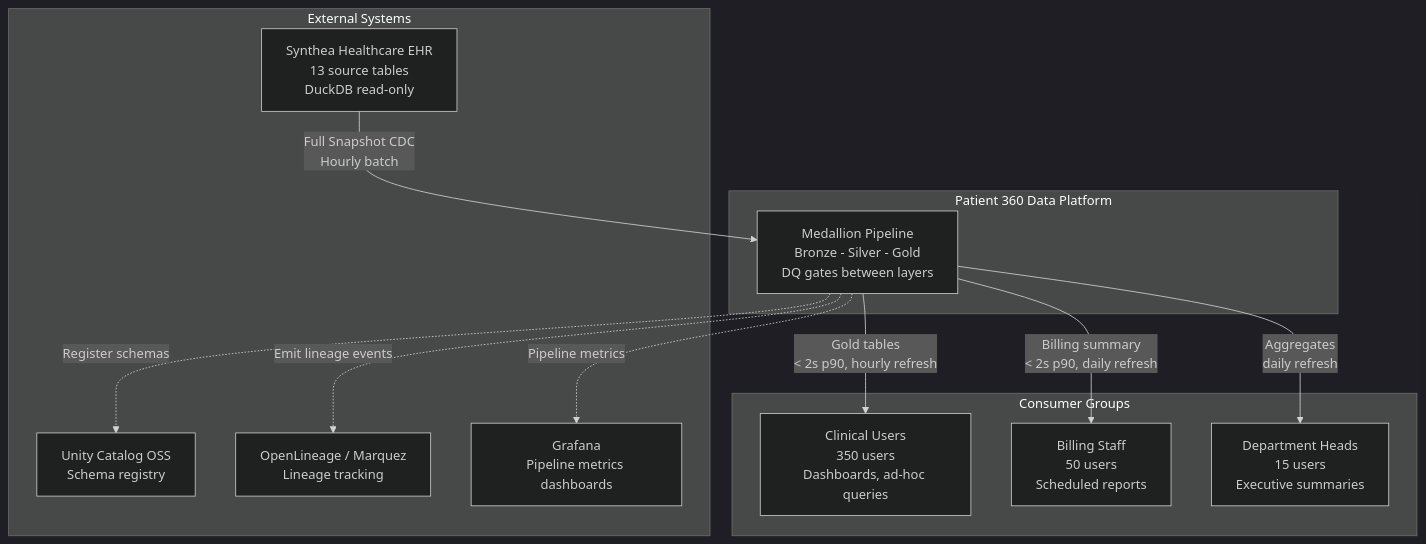
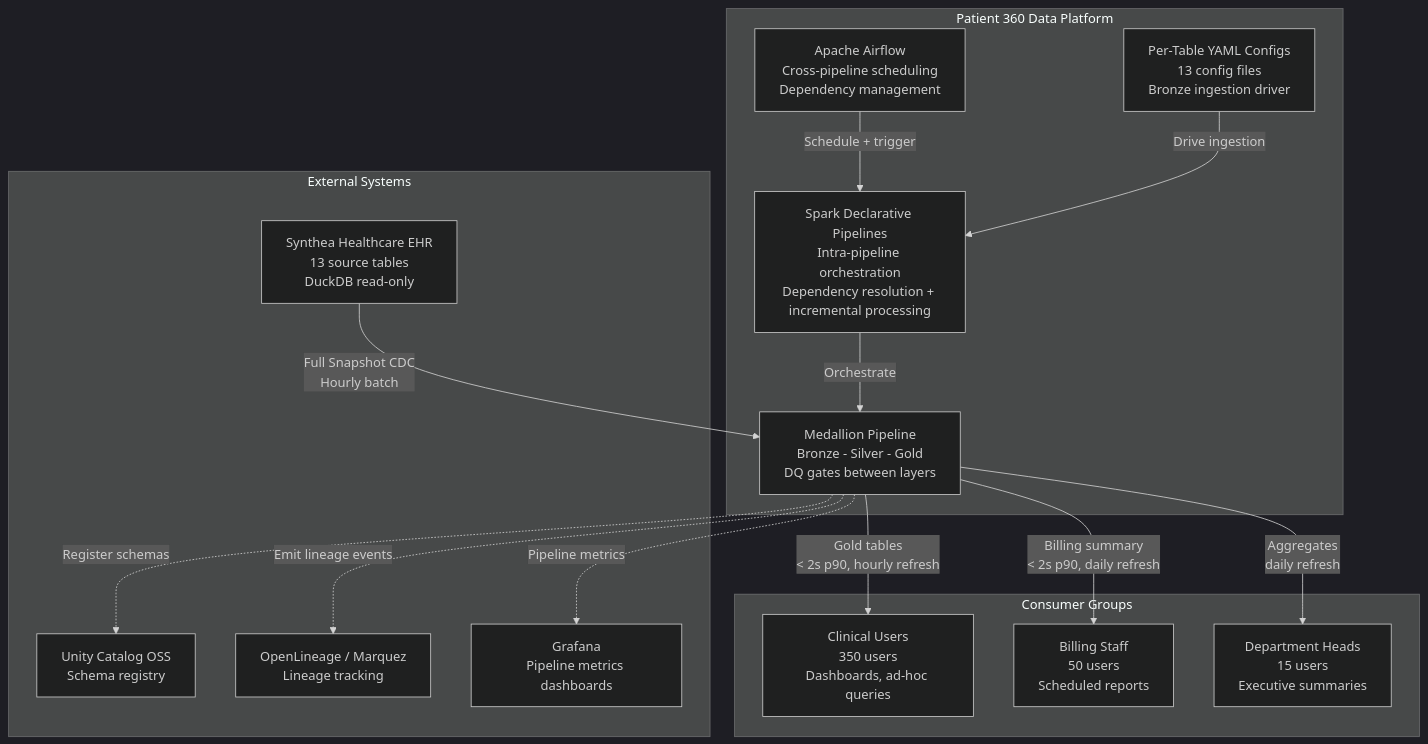
The diagram in chapter-4/outputs/hld/v1/sections/03-integration-architecture.md (RDEWAI/Redefining-DataEngineering-With-AI), drawn with Mermaid (dark theme) before and after one commit. The commit also changed other lines of this file and 90 other files, not shown here.

````diff
--- a/chapter-4/outputs/hld/v1/sections/03-integration-architecture.md
+++ b/chapter-4/outputs/hld/v1/sections/03-integration-architecture.md
@@ -21,27 +21,33 @@
 ```mermaid
 flowchart TB
     subgraph Consumers["Consumer Groups"]
         clinical["Clinical Users\n350 users\nDashboards, ad-hoc queries"]
         billing["Billing Staff\n50 users\nScheduled reports"]
         heads["Department Heads\n15 users\nExecutive summaries"]
     end
 
     subgraph Platform["Patient 360 Data Platform"]
+        airflow["Apache Airflow\nCross-pipeline scheduling\nDependency management"]
+        sdp["Spark Declarative Pipelines\nIntra-pipeline orchestration\nDependency resolution + incremental processing"]
         pipeline["Medallion Pipeline\nBronze - Silver - Gold\nDQ gates between layers"]
+        config["Per-Table YAML Configs\n13 config files\nBronze ingestion driver"]
     end
 
     subgraph External["External Systems"]
         ehr["Synthea Healthcare EHR\n13 source tables\nDuckDB read-only"]
         catalog["Unity Catalog OSS\nSchema registry"]
         lineage["OpenLineage / Marquez\nLineage tracking"]
         grafana["Grafana\nPipeline metrics dashboards"]
     end
 
+    airflow -->|"Schedule + trigger"| sdp
+    config -->|"Drive ingestion"| sdp
+    sdp -->|"Orchestrate"| pipeline
     ehr -->|"Full Snapshot CDC\nHourly batch"| pipeline
     pipeline -->|"Gold tables\n< 2s p90, hourly refresh"| clinical
     pipeline -->|"Billing summary\n< 2s p90, daily refresh"| billing
     pipeline -->|"Aggregates\ndaily refresh"| heads
     pipeline -.->|"Register schemas"| catalog
     pipeline -.->|"Emit lineage events"| lineage
     pipeline -.->|"Pipeline metrics"| grafana
 ```
````
